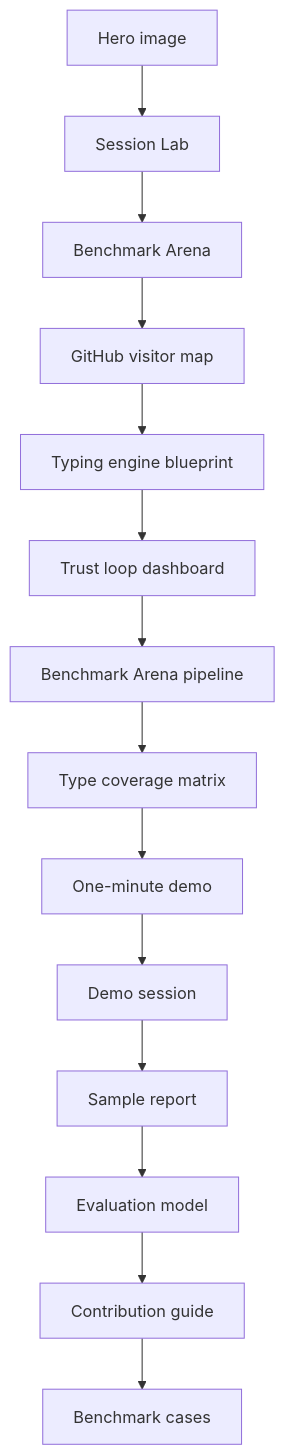
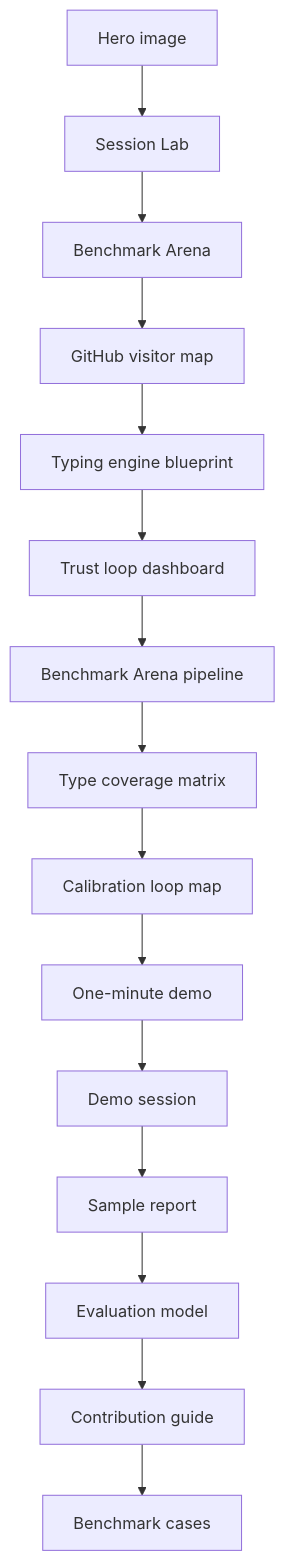
One commit to Zaoqu-Liu/mbti-typing-skill changed the diagram in docs/visual-tour.md. Above: the diagram before and after it, drawn with Mermaid. The commit also changed other lines of this file and 18 other files, not shown here.

````diff
--- a/docs/visual-tour.md
+++ b/docs/visual-tour.md
@@ -122,16 +145,17 @@
 ```mermaid
 flowchart TD
     A[Hero image] --> B[Session Lab]
     B --> C[Benchmark Arena]
     C --> D[GitHub visitor map]
     D --> E[Typing engine blueprint]
     E --> F[Trust loop dashboard]
     F --> G[Benchmark Arena pipeline]
     G --> H[Type coverage matrix]
-    H --> I[One-minute demo]
-    I --> J[Demo session]
-    J --> K[Sample report]
-    K --> L[Evaluation model]
-    L --> M[Contribution guide]
-    M --> N[Benchmark cases]
+    H --> I[Calibration loop map]
+    I --> J[One-minute demo]
+    J --> K[Demo session]
+    K --> L[Sample report]
+    L --> M[Evaluation model]
+    M --> N[Contribution guide]
+    N --> O[Benchmark cases]
 ```
````
